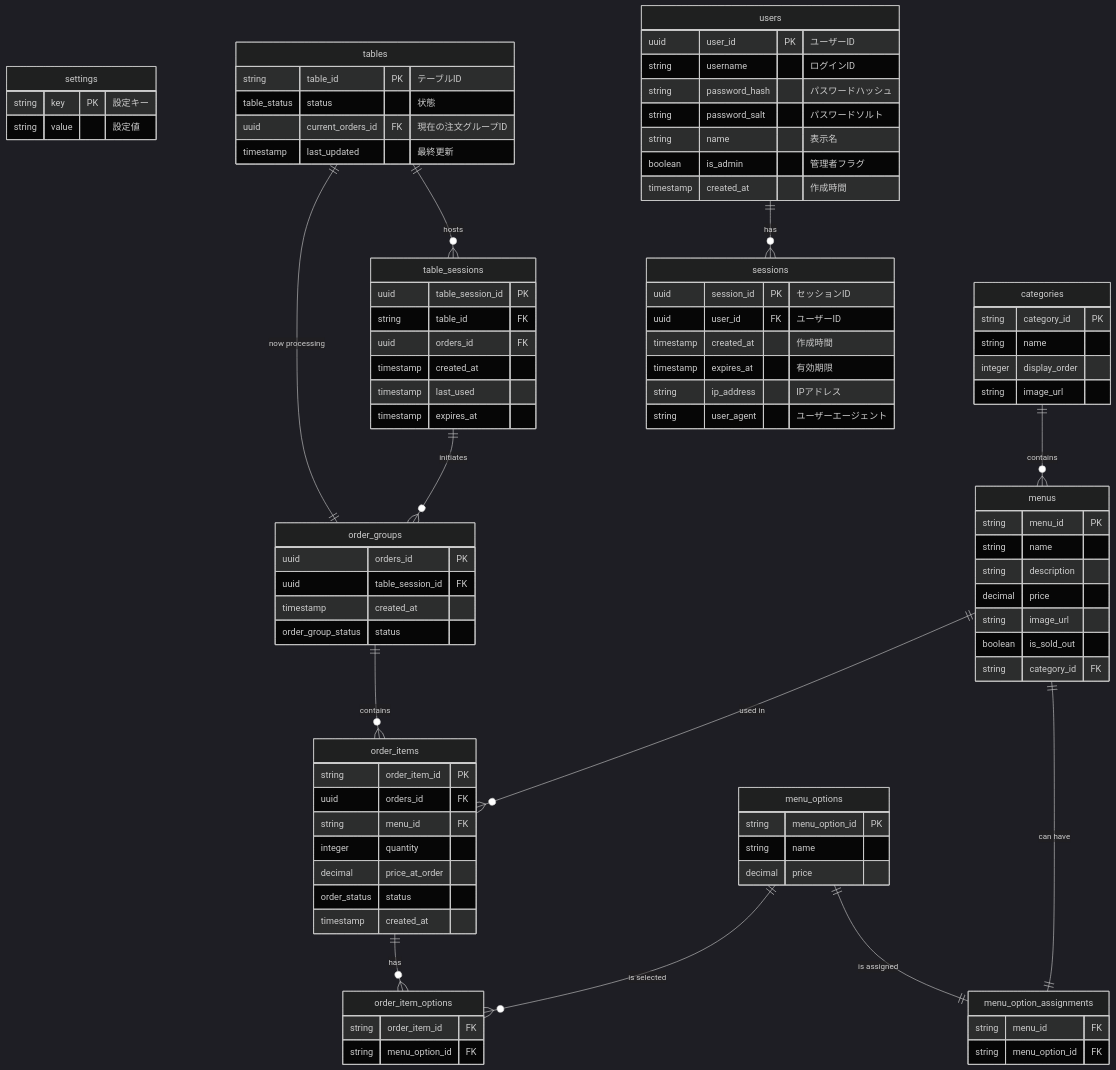
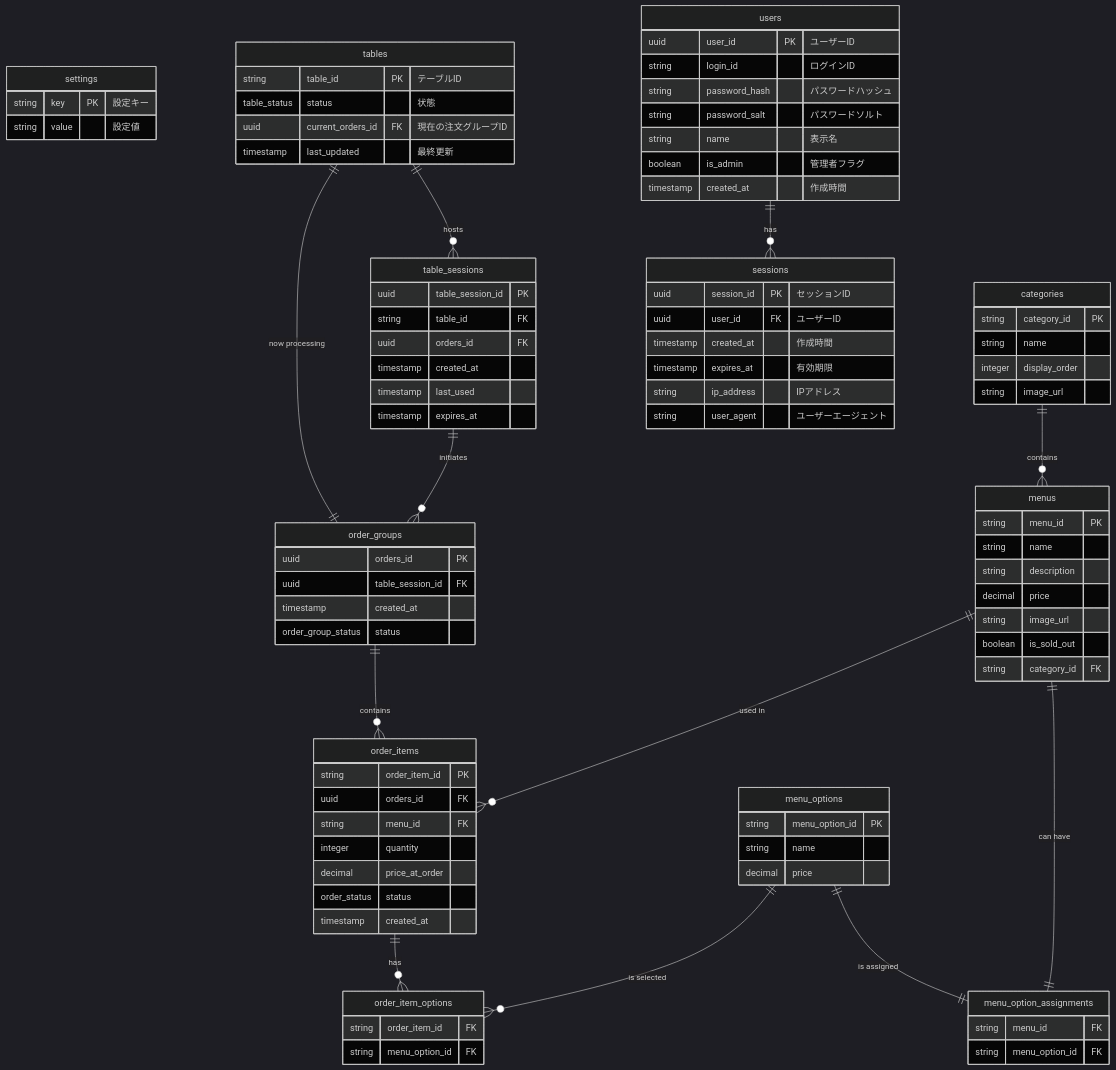
The diagram in .docs/database/er_diagram.md (inoUwU/pinu), drawn with Mermaid (dark theme) before and after one commit. The commit also changed 1 other file, not shown here.

Commit message:
refactor(users): ♻️ ユーザーテーブルのカラム名をusernameからlogin_idに変更

```diff
--- a/.docs/database/er_diagram.md
+++ b/.docs/database/er_diagram.md
@@ -9,7 +9,7 @@
 
     users {
         uuid user_id PK "ユーザーID"
-        string username "ログインID"
+        string login_id "ログインID"
         string password_hash "パスワードハッシュ"
         string password_salt "パスワードソルト"
         string name "表示名"
```
